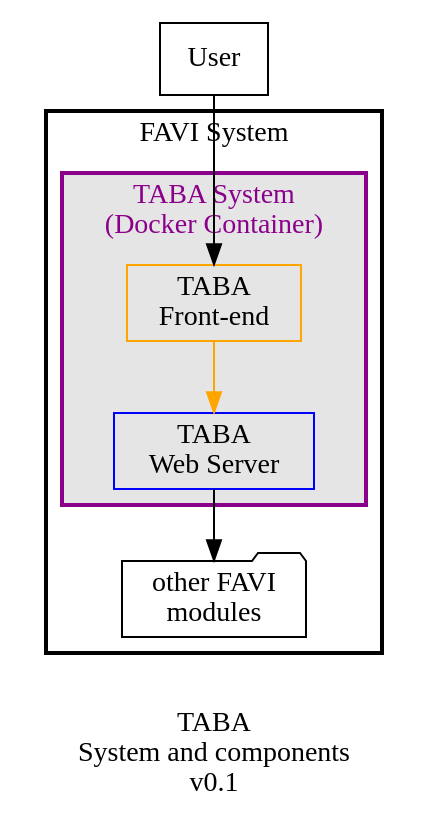
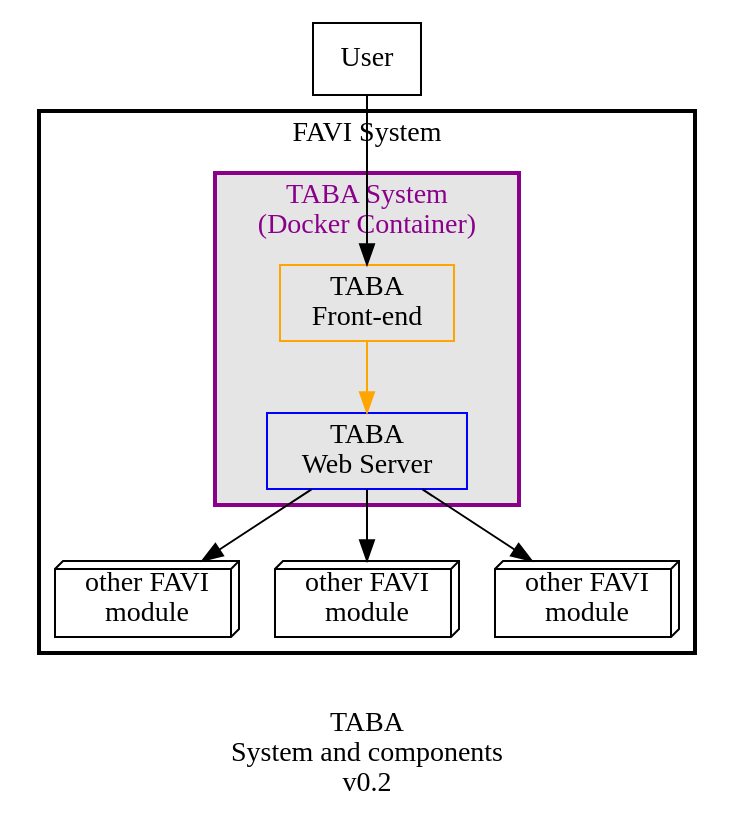
One commit to guild-st-isidore-TO/tabula-aetherea changed the diagram in static/design/taba-system.dot. Above: the diagram before and after it, drawn with Graphviz. The commit also changed 1 other file, not shown here.

Commit message:
diagram update

```diff
--- a/static/design/taba-system.dot
+++ b/static/design/taba-system.dot
@@ -1,33 +1,38 @@
 digraph {
-    label = "\nTABA\nSystem and components\nv0.1";
+    label = "\nTABA\nSystem and components\nv0.2";
     node [shape = box;];
     
     user -> tabaFrontend;
     
     subgraph cluster_0 {
         label = "FAVI System";
         color = black;
         fontcolor = black;
         penwidth = 2;
         node [bgcolor = white;];
         
         subgraph cluster_1 {
             label = "TABA System\n(Docker Container)";
             color = darkmagenta;
             fontcolor = darkmagenta;
             bgcolor = grey90;
             penwidth = 2;
             node [bgcolor = white;];
             
             tabaFrontend -> tabaBackend [color = orange;];
         }
         
-        tabaBackend -> extModules;
+        tabaBackend -> extModule1;
+        tabaBackend -> extModule2;
+        tabaBackend -> extModule3;
     }
     
     
     user [label = "User";];
     tabaFrontend [label = "TABA\nFront-end";color = orange;];
     tabaBackend [label = "TABA\nWeb Server";color = blue;];
-    extModules [label = "other FAVI\nmodules";shape=folder];
+
+    extModule1 [label = "other FAVI\nmodule";shape=box3d];
+    extModule2 [label = "other FAVI\nmodule";shape=box3d];
+    extModule3 [label = "other FAVI\nmodule";shape=box3d];
 }
```
